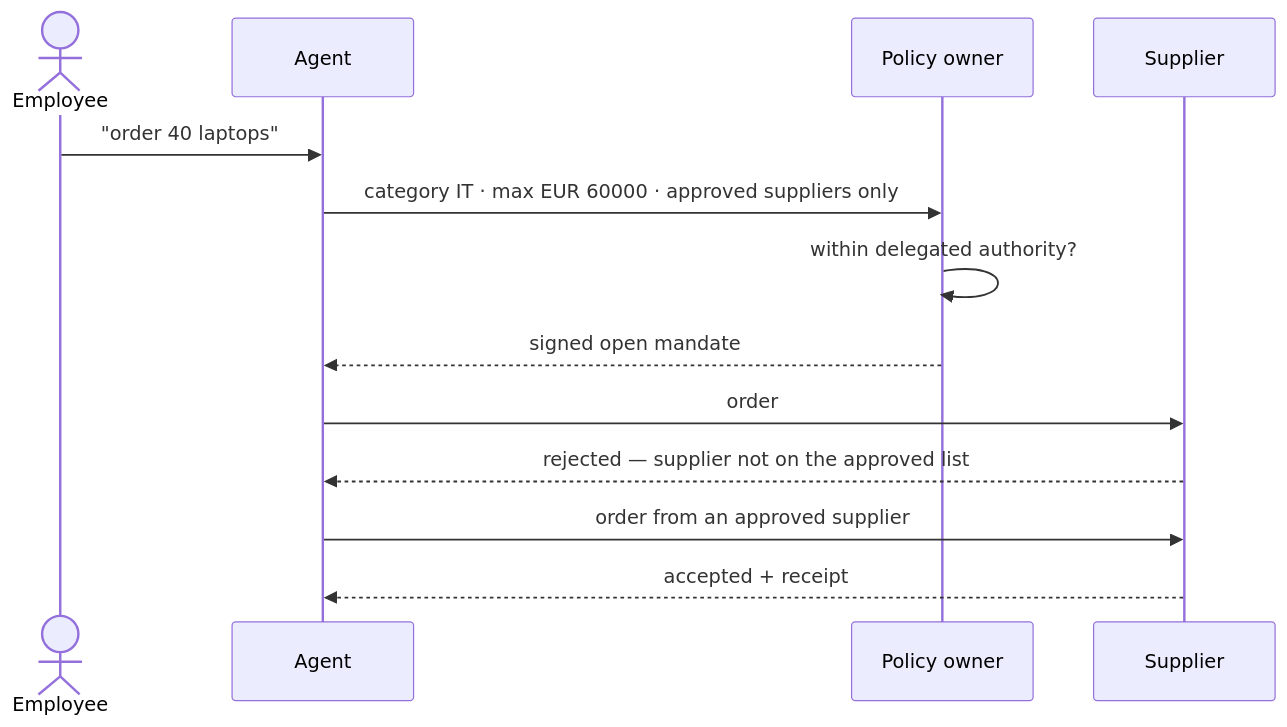
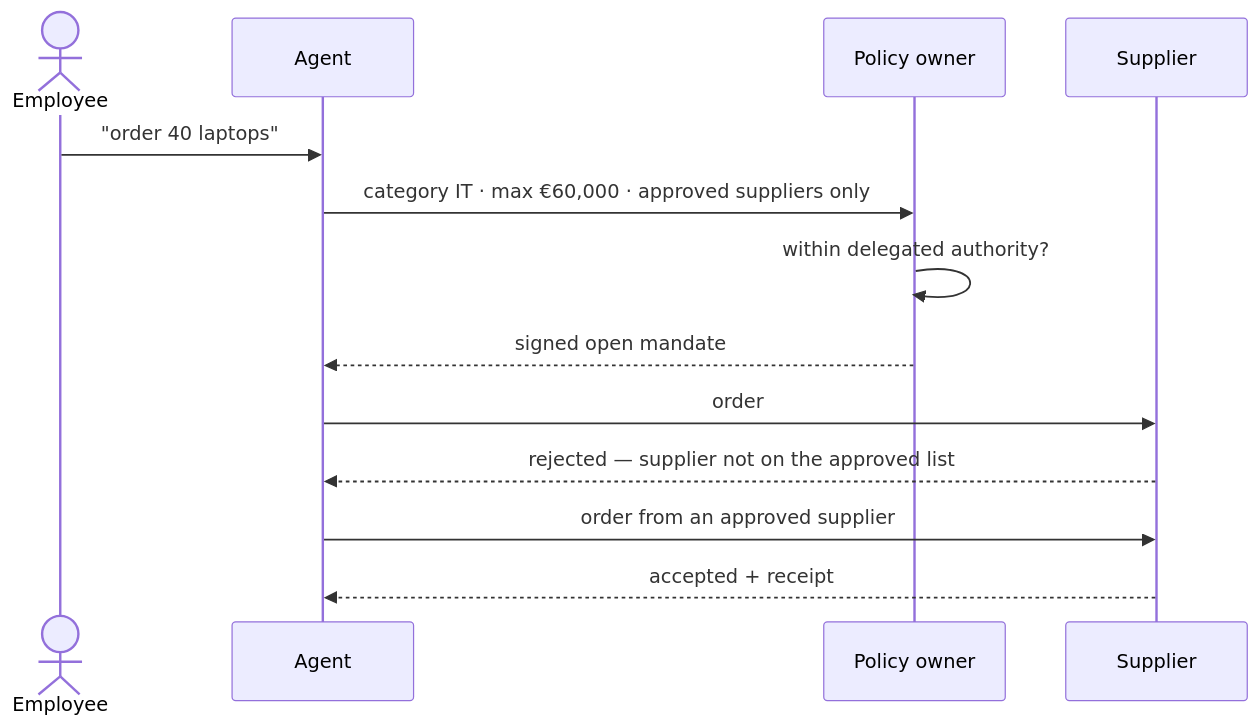
Before and after one commit to SkylinePlatform/agentic-payments: the fourth of 4 diagrams in docs/business/use-cases.md, drawn with Mermaid. The commit also changed other lines of this file and 7 other files, not shown here.

````diff
--- a/docs/business/use-cases.md
+++ b/docs/business/use-cases.md
@@ -132,15 +139,15 @@
 ```mermaid
 sequenceDiagram
     actor E as Employee
     participant A as Agent
     participant P as Policy owner
     participant M as Supplier
     E->>A: "order 40 laptops"
-    A->>P: category IT · max EUR 60000 · approved suppliers only
+    A->>P: category IT · max €60,000 · approved suppliers only
     P->>P: within delegated authority?
     P-->>A: signed open mandate
     A->>M: order
     M-->>A: rejected — supplier not on the approved list
     A->>M: order from an approved supplier
     M-->>A: accepted + receipt
 ```
````
